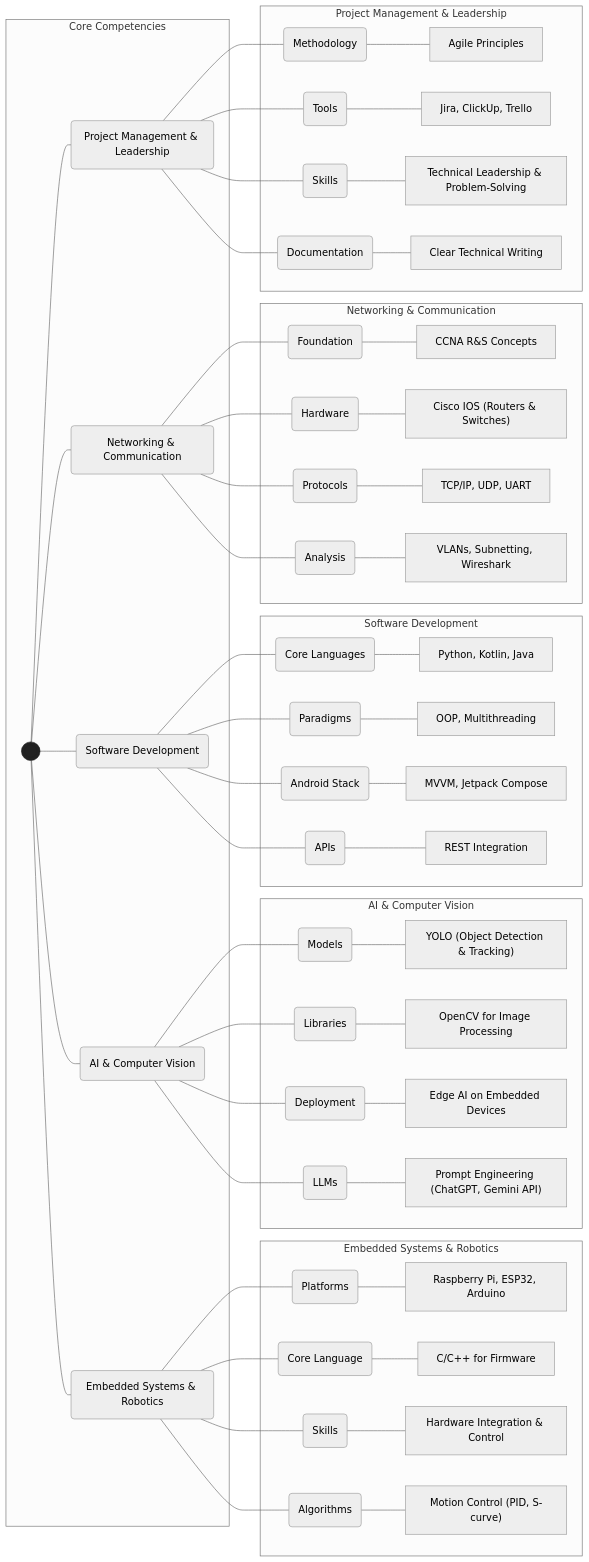
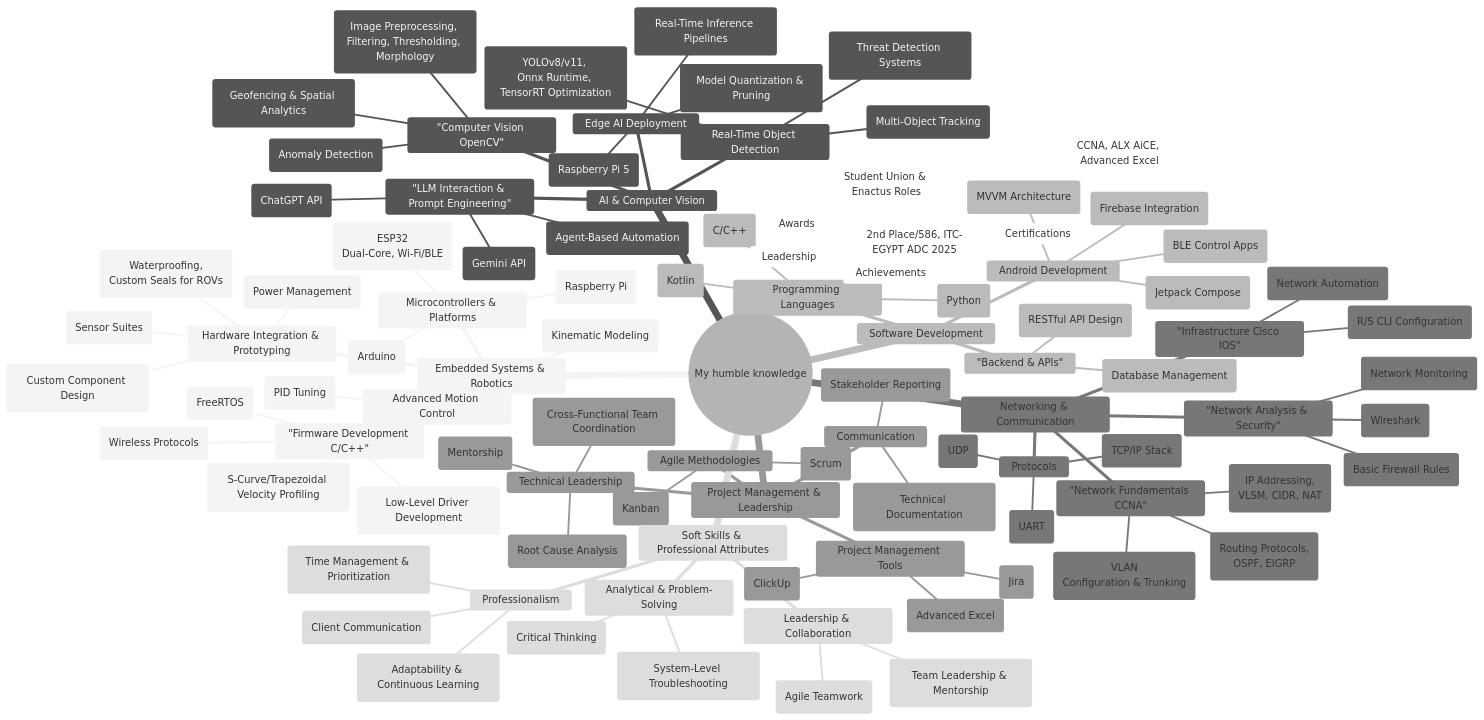
The diagram in README.md (zSayf/zSayf), drawn with Mermaid (neutral theme) before and after one commit. The commit also changed other lines of this file, not shown here.

````diff
--- a/README.md
+++ b/README.md
@@ -26,67 +26,109 @@
 ```mermaid
-graph LR
-    subgraph Core Competencies
-        A((( ))):::hidden --- E(Embedded Systems & Robotics)
-        A --- AI(AI & Computer Vision)
-        A --- S(Software Development)
-        A --- N(Networking & Communication)
-        A --- P(Project Management & Leadership)
-    end
+mindmap
+  root((My humble knowledge))
+    Embedded Systems & Robotics
+      Microcontrollers & Platforms
+        - (Raspberry Pi)
+        - (ESP32 
+        Dual-Core, Wi-Fi/BLE)
+        - (Arduino)
+      Hardware Integration & Prototyping
+        - (Sensor Suites)
+        - (Power Management)
+        - (Waterproofing, 
+        Custom Seals for ROVs)
+        - (Custom Component Design)
+      "Firmware Development C/C++"
+        - (FreeRTOS)
+        - (Wireless Protocols)
+        - (Low-Level Driver Development)
+      Advanced Motion Control
+        - (PID Tuning)
+        - (S-Curve/Trapezoidal Velocity Profiling)
+        - (Kinematic Modeling)
+    AI & Computer Vision
+      Real-Time Object Detection
+        - (YOLOv8/v11, 
+        Onnx Runtime, TensorRT Optimization)
+        - (Multi-Object Tracking)
+        - (Threat Detection Systems)
+      "Computer Vision OpenCV"
+        - (Image Preprocessing, 
+        Filtering, Thresholding, Morphology)
+        - (Geofencing & Spatial Analytics)
+        - (Anomaly Detection)
+      Edge AI Deployment
+        - (Raspberry Pi 5)
+        - (Model Quantization & Pruning)
+        - (Real-Time Inference Pipelines)
+      "LLM Interaction & Prompt Engineering"
+        - (ChatGPT API) 
+        - (Gemini API)
+        - (Agent-Based Automation)
+    Software Development
+      Programming Languages
+        - (Python)
+        - ("C/C++")
+        - (Kotlin)
+      Android Development
+        - (Jetpack Compose)
+        - (MVVM Architecture)
+        - (BLE Control Apps)
+        - (Firebase Integration)
+      "Backend & APIs"
+        - (RESTful API Design)
+        - (Database Management)
+    Networking & Communication
+      "Network Fundamentals CCNA"
+        - (Routing Protocols, 
+        OSPF, EIGRP)
+        - (IP Addressing, 
+        VLSM, CIDR, NAT)
+        - (VLAN 
+        Configuration & Trunking)
+      "Infrastructure Cisco IOS"
+        - (R/S CLI Configuration)
+        - (Network Automation)
+      Protocols
+        - (TCP/IP Stack)
+        - (UDP)
+        - (UART)
+      "Network Analysis & Security"
+        - (Wireshark)
+        - (Network Monitoring)
+        - (Basic Firewall Rules)
+    Project Management & Leadership
+      Agile Methodologies
+        - (Scrum)
+        - (Kanban)
+      Project Management Tools
+        - (Jira)
+        - (ClickUp)
+        - (Advanced Excel)
+      Technical Leadership
+        - (Cross-Functional Team Coordination)
+        - (Root Cause Analysis)
+        - (Mentorship)
+      Communication
+        - (Technical Documentation)
+        - (Stakeholder Reporting)
+    Soft Skills & Professional Attributes
+      Leadership & Collaboration
+        - (Team Leadership & Mentorship)
+        - (Agile Teamwork)
+      Analytical & Problem-Solving
+        - (Critical Thinking)
+        - (System-Level Troubleshooting)
+      Professionalism
+        - (Client Communication)
+        - (Time Management & Prioritization)
+        - (Adaptability & Continuous Learning)
+    Achievements
+      Awards
+        - (2nd Place/586, ITC-EGYPT ADC 2025)
+      Certifications
+        - (CCNA, ALX AiCE, Advanced Excel)
+      Leadership
+        - (Student Union & Enactus Roles)
 
-    subgraph Embedded Systems & Robotics
-        E --- E1(Platforms)
-        E1 --- E1_Desc["Raspberry Pi, ESP32, Arduino"]
-        E --- E2(Core Language)
-        E2 --- E2_Desc["C/C++ for Firmware"]
-        E --- E3(Skills)
-        E3 --- E3_Desc["Hardware Integration & Control"]
-        E --- E4(Algorithms)
-        E4 --- E4_Desc["Motion Control (PID, S-curve)"]
-    end
-    
-    subgraph AI & Computer Vision
-        AI --- AI1(Models)
-        AI1 --- AI1_Desc["YOLO (Object Detection & Tracking)"]
-        AI --- AI2(Libraries)
-        AI2 --- AI2_Desc["OpenCV for Image Processing"]
-        AI --- AI3(Deployment)
-        AI3 --- AI3_Desc["Edge AI on Embedded Devices"]
-        AI --- AI4(LLMs)
-        AI4 --- AI4_Desc["Prompt Engineering (ChatGPT, Gemini API)"]
-    end
-
-    subgraph Software Development
-        S --- S1(Core Languages)
-        S1 --- S1_Desc["Python, Kotlin, Java"]
-        S --- S2(Paradigms)
-        S2 --- S2_Desc["OOP, Multithreading"]
-        S --- S3(Android Stack)
-        S3 --- S3_Desc["MVVM, Jetpack Compose"]
-        S --- S4(APIs)
-        S4 --- S4_Desc["REST Integration"]
-    end
-
-    subgraph Networking & Communication
-        N --- N1(Foundation)
-        N1 --- N1_Desc["CCNA R&S Concepts"]
-        N --- N2(Hardware)
-        N2 --- N2_Desc["Cisco IOS (Routers & Switches)"]
-        N --- N3(Protocols)
-        N3 --- N3_Desc["TCP/IP, UDP, UART"]
-        N --- N4(Analysis)
-        N4 --- N4_Desc["VLANs, Subnetting, Wireshark"]
-    end
-
-    subgraph Project Management & Leadership
-        P --- P1(Methodology)
-        P1 --- P1_Desc["Agile Principles"]
-        P --- P2(Tools)
-        P2 --- P2_Desc["Jira, ClickUp, Trello"]
-        P --- P3(Skills)
-        P3 --- P3_Desc["Technical Leadership & Problem-Solving"]
-        P --- P4(Documentation)
-        P4 --- P4_Desc["Clear Technical Writing"]
-    end
-
-    classDef hidden fill:#222,stroke:#222,color:#222
 ```
````
